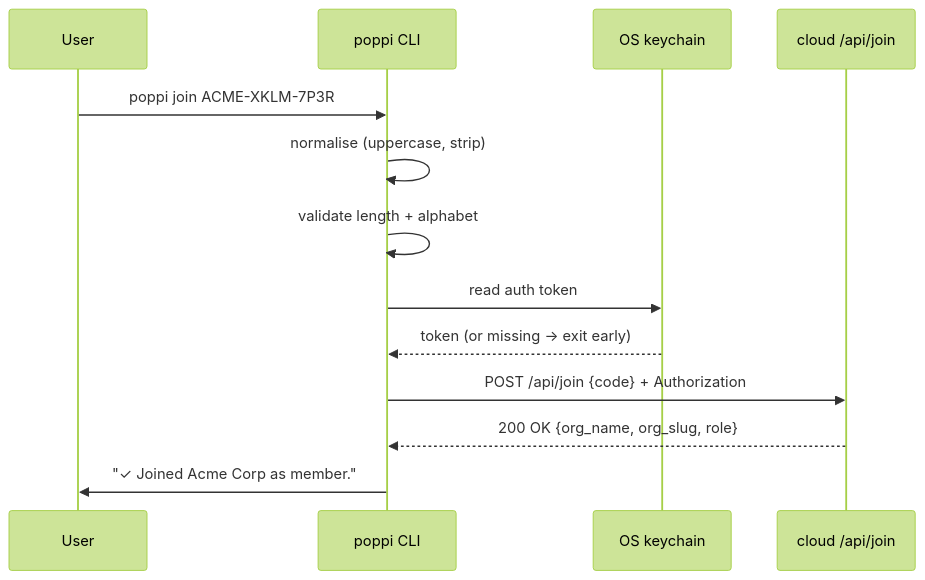
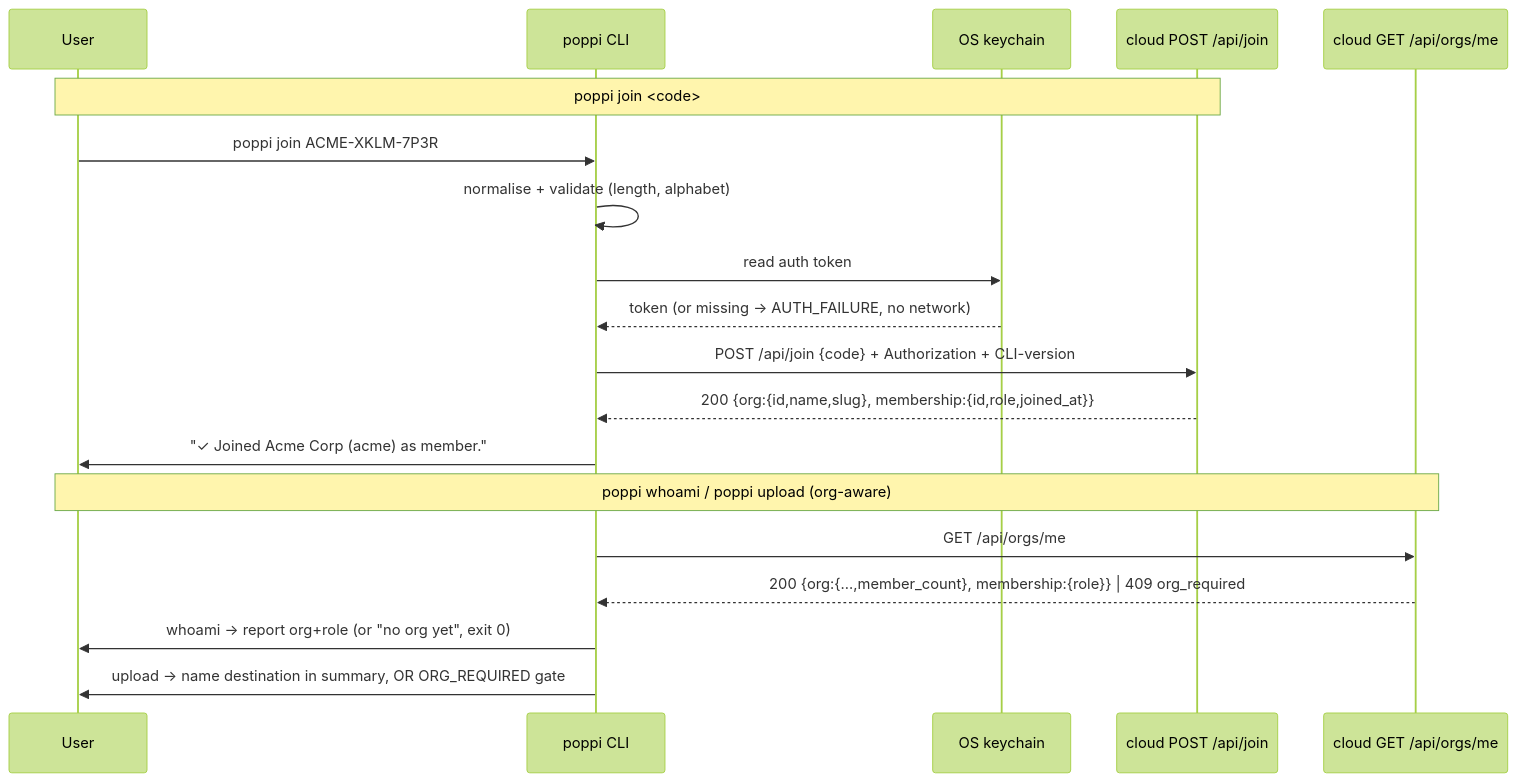
The diagram in specs/004-cli-org-join/spec.md (Frugl-dev/Frugl-cli), drawn with Mermaid (forest theme) before and after one commit. The commit also changed other lines of this file and 11 other files, not shown here.

First line of the commit message:
spec(004): expand org-membership spec + add plan, contracts, tasks

````diff
--- a/specs/004-cli-org-join/spec.md
+++ b/specs/004-cli-org-join/spec.md
@@ -144,16 +264,23 @@
 ```mermaid
 sequenceDiagram
   participant U as User
   participant CLI as poppi CLI
   participant K as OS keychain
-  participant S as cloud /api/join
+  participant J as cloud POST /api/join
+  participant M as cloud GET /api/orgs/me
 
+  Note over U,J: poppi join <code>
   U->>CLI: poppi join ACME-XKLM-7P3R
-  CLI->>CLI: normalise (uppercase, strip)
-  CLI->>CLI: validate length + alphabet
+  CLI->>CLI: normalise + validate (length, alphabet)
   CLI->>K: read auth token
-  K-->>CLI: token (or missing → exit early)
-  CLI->>S: POST /api/join {code} + Authorization
-  S-->>CLI: 200 OK {org_name, org_slug, role}
-  CLI->>U: "✓ Joined Acme Corp as member."
+  K-->>CLI: token (or missing → AUTH_FAILURE, no network)
+  CLI->>J: POST /api/join {code} + Authorization + CLI-version
+  J-->>CLI: 200 {org:{id,name,slug}, membership:{id,role,joined_at}}
+  CLI->>U: "✓ Joined Acme Corp (acme) as member."
+
+  Note over U,M: poppi whoami / poppi upload (org-aware)
+  CLI->>M: GET /api/orgs/me
+  M-->>CLI: 200 {org:{…,member_count}, membership:{role}} | 409 org_required
+  CLI->>U: whoami → report org+role (or "no org yet", exit 0)
+  CLI->>U: upload → name destination in summary, OR ORG_REQUIRED gate
 ```
````
